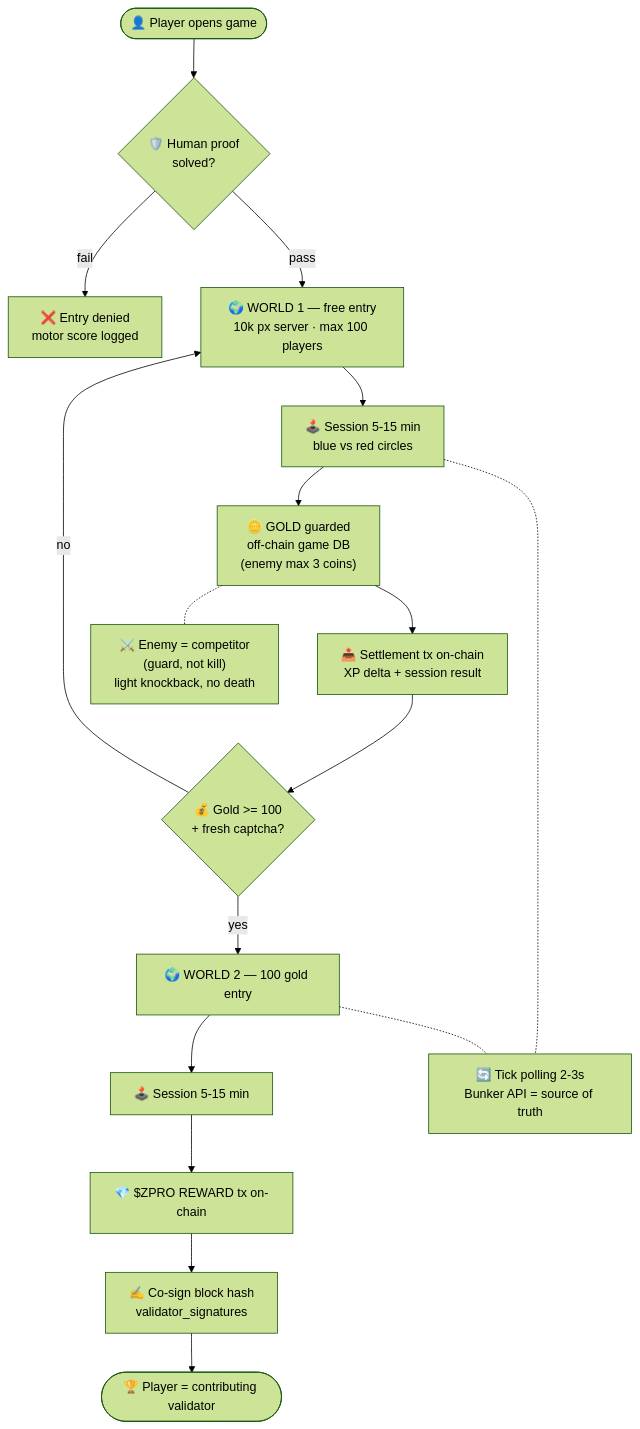
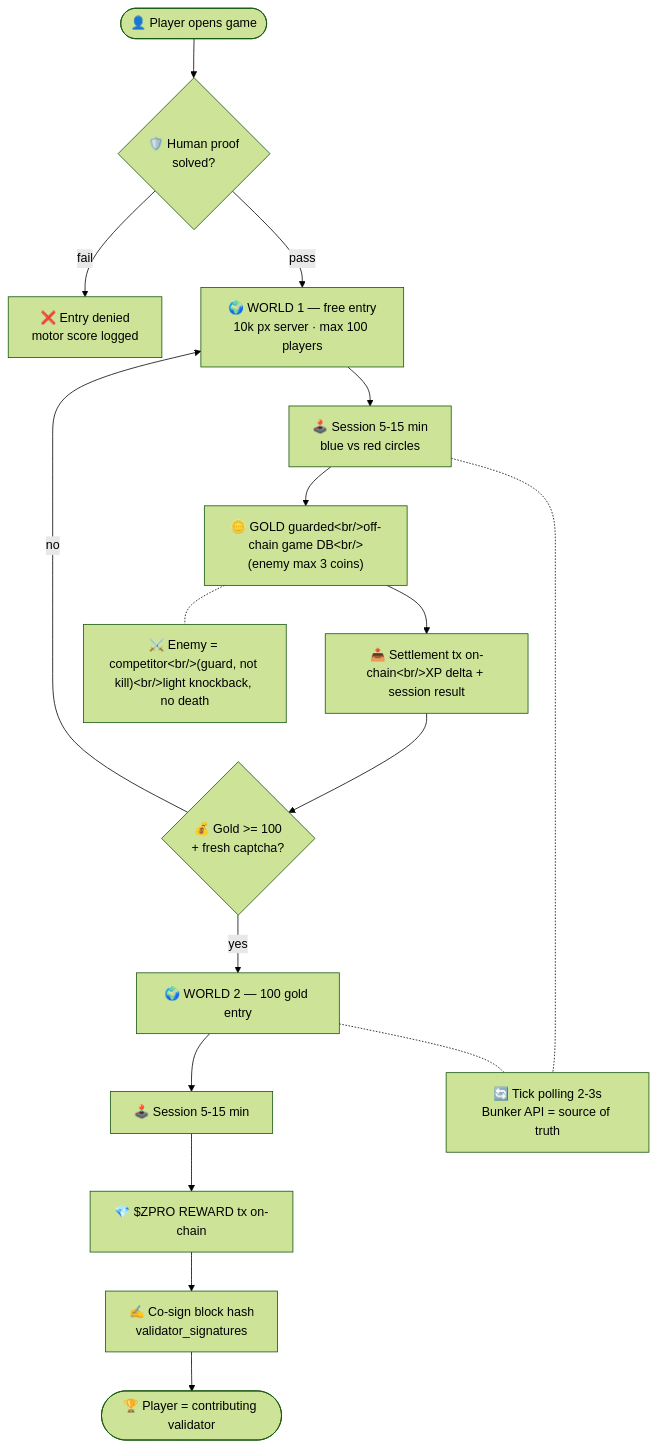
One commit to Ringga999/zcp2o-protocol changed the diagram in implementations/zcp2o-circle/circle-launcher.mmd. Above: the diagram before and after it, drawn with Mermaid (forest theme). The commit also changed 2 other files, not shown here.

Commit message:
docs: sync guard-system wording across all flowchart embeds

```diff
--- a/implementations/zcp2o-circle/circle-launcher.mmd
+++ b/implementations/zcp2o-circle/circle-launcher.mmd
@@ -1,17 +1,17 @@
 flowchart TB
     A(["👤 Player opens game"]) --> B{"🛡️ Human proof<br/>solved?"}
     B -- fail --> X["❌ Entry denied<br/>motor score logged"]
     B -- pass --> C["🌍 WORLD 1 — free entry<br/>10k px server · max 100 players"]
     C --> D["🕹️ Session 5-15 min<br/>blue vs red circles"]
-    D --> E["🪙 GOLD guarded<br/>off-chain game DB<br/>(enemy max 3 coins)"]
-    E --> F["📤 Settlement tx on-chain<br/>XP delta + session result"]    
-	E -.- N["⚔️ Enemy = competitor<br/>(guard, not kill)<br/>light knockback, no death"]
+    D --> E["🪙 GOLD guarded&lt;br/&gt;off-chain game DB&lt;br/&gt;(enemy max 3 coins)"]
+    E --> F["📤 Settlement tx on-chain&lt;br/&gt;XP delta + session result"]
+    E -.- N["⚔️ Enemy = competitor&lt;br/&gt;(guard, not kill)&lt;br/&gt;light knockback, no death"]
     F --> G{"💰 Gold >= 100<br/>+ fresh captcha?"}
     G -- no --> C
     G -- yes --> H["🌍 WORLD 2 — 100 gold entry"]
     H --> I["🕹️ Session 5-15 min"]
     I --> J["💎 $ZPRO REWARD tx on-chain"]
     J --> K["✍️ Co-sign block hash<br/>validator_signatures"]
     K --> L(["🏆 Player = contributing validator"])
     D -.- T["🔄 Tick polling 2-3s<br/>Bunker API = source of truth"]
     H -.- T
```
